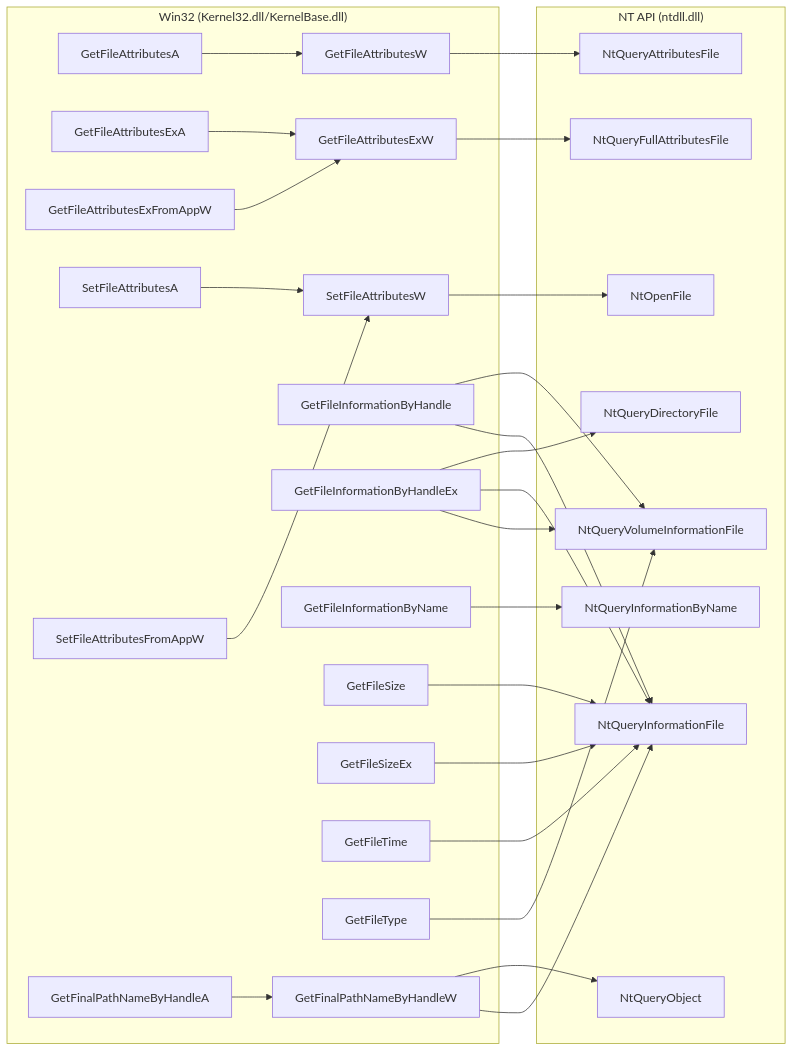
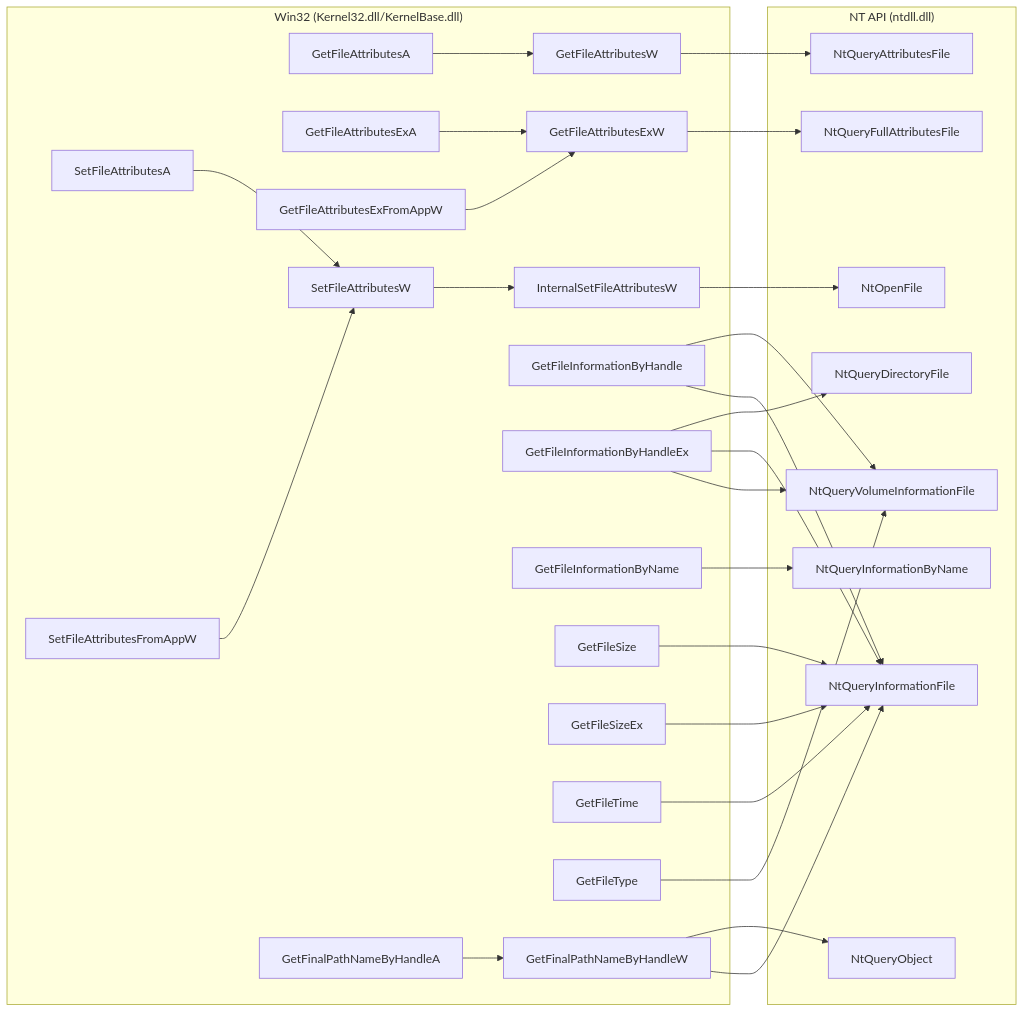
One commit to Sewer56/vfs-writeup changed the fifth of 10 diagrams in docs/index.md. Above: the diagram before and after it, drawn with Mermaid. The commit also changed other lines of this file, not shown here.

Commit message:
Added: InternalSetFileAttributesW , for 25H2

````diff
--- a/docs/index.md
+++ b/docs/index.md
@@ -406,56 +406,58 @@
 ```mermaid
 flowchart LR
     subgraph Win32["Win32 (Kernel32.dll/KernelBase.dll)"]
     GetFileAttributesA
     GetFileAttributesExA
     GetFileAttributesExFromAppW
     GetFileAttributesExW
     GetFileAttributesW
     SetFileAttributesA
     SetFileAttributesFromAppW
     SetFileAttributesW
+    InternalSetFileAttributesW
     GetFileInformationByHandle
     GetFileInformationByHandleEx
     GetFileInformationByName
     GetFileSize
     GetFileSizeEx
     GetFileTime
     GetFileType
     GetFinalPathNameByHandleA
     GetFinalPathNameByHandleW
 
     GetFileAttributesA --> GetFileAttributesW
     GetFileAttributesExA --> GetFileAttributesExW
     GetFileAttributesExFromAppW --> GetFileAttributesExW
+    SetFileAttributesA --> SetFileAttributesW
     SetFileAttributesFromAppW --> SetFileAttributesW
-    SetFileAttributesA --> SetFileAttributesW
+    SetFileAttributesW --> InternalSetFileAttributesW
     GetFinalPathNameByHandleA --> GetFinalPathNameByHandleW
     end
 
     subgraph NT["NT API (ntdll.dll)"]
     NtQueryAttributesFile
     NtQueryFullAttributesFile
     NtQueryInformationFile
     NtQueryInformationByName
     NtQueryVolumeInformationFile
     NtQueryDirectoryFile
     NtQueryObject
     NtOpenFile
 
     GetFileAttributesExW --> NtQueryFullAttributesFile
     GetFileAttributesW --> NtQueryAttributesFile
-    SetFileAttributesW --> NtOpenFile
+    InternalSetFileAttributesW --> NtOpenFile
     GetFileInformationByHandle --> NtQueryVolumeInformationFile
     GetFileInformationByHandle --> NtQueryInformationFile
     GetFileInformationByHandleEx --> NtQueryDirectoryFile
     GetFileInformationByHandleEx --> NtQueryInformationFile
     GetFileInformationByHandleEx --> NtQueryVolumeInformationFile
     GetFileInformationByName --> NtQueryInformationByName
     GetFileSize --> NtQueryInformationFile
     GetFileSizeEx --> NtQueryInformationFile
     GetFileTime --> NtQueryInformationFile
     GetFileType --> NtQueryVolumeInformationFile
     GetFinalPathNameByHandleW --> NtQueryObject
     GetFinalPathNameByHandleW --> NtQueryInformationFile
     end
 ```
````
